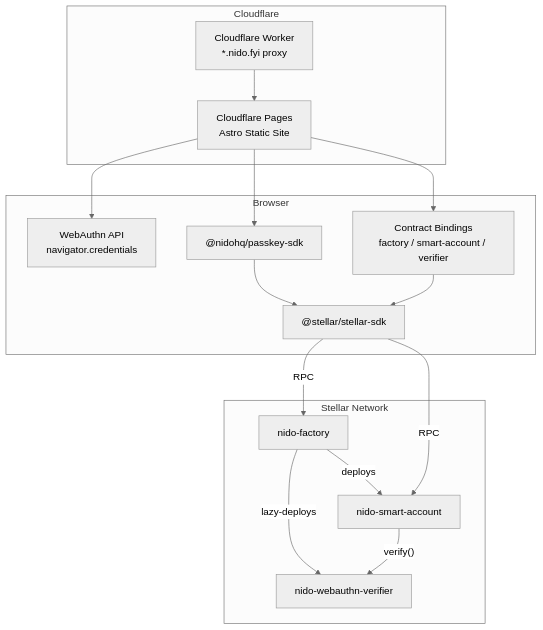
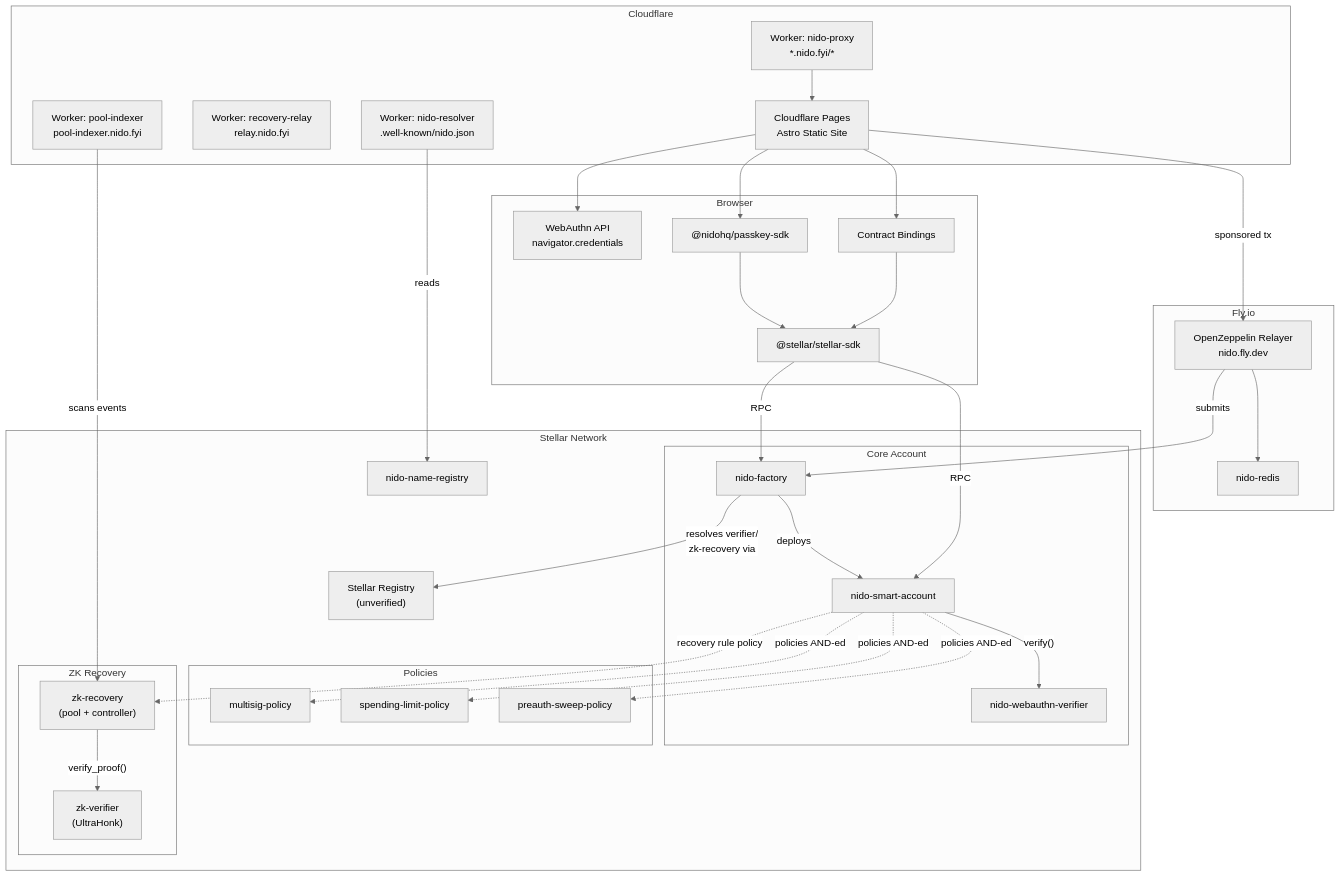
Before and after one commit to nidohq/nido: the first of 5 diagrams in ARCHITECTURE.md, drawn with Mermaid (neutral theme). The commit also changed other lines of this file, not shown here.

Commit message:
WIP Claude architecture.md update: 6. Architecture Diagrams

````diff
--- a/ARCHITECTURE.md
+++ b/ARCHITECTURE.md
@@ -143,32 +143,67 @@
 ```mermaid
 graph TB
     subgraph "Cloudflare"
-        Worker["Cloudflare Worker<br/>*.nido.fyi proxy"]
+        Proxy["Worker: nido-proxy<br/>*.nido.fyi/*"]
+        Resolver["Worker: nido-resolver<br/>.well-known/nido.json"]
+        RecoveryRelay["Worker: recovery-relay<br/>relay.nido.fyi"]
+        PoolIndexer["Worker: pool-indexer<br/>pool-indexer.nido.fyi"]
         Pages["Cloudflare Pages<br/>Astro Static Site"]
-        Worker --> Pages
+        Proxy --> Pages
+    end
+
+    subgraph "Fly.io"
+        Relayer["OpenZeppelin Relayer<br/>nido.fly.dev"]
+        Redis["nido-redis"]
+        Relayer --> Redis
     end
 
     subgraph "Browser"
         WebAuthn["WebAuthn API<br/>navigator.credentials"]
         SDK["@nidohq/passkey-sdk"]
-        Bindings["Contract Bindings<br/>factory / smart-account / verifier"]
+        Bindings["Contract Bindings"]
         StellarSDK["@stellar/stellar-sdk"]
         SDK --> StellarSDK
         Bindings --> StellarSDK
     end
 
     subgraph "Stellar Network"
-        Factory["nido-factory"]
-        SmartAccount["nido-smart-account"]
-        Verifier["nido-webauthn-verifier"]
+        Registry["Stellar Registry<br/>(unverified)"]
+        NameRegistry["nido-name-registry"]
+
+        subgraph "Core Account"
+            Factory["nido-factory"]
+            SmartAccount["nido-smart-account"]
+            Verifier["nido-webauthn-verifier"]
+        end
+
+        subgraph "Policies"
+            Multisig["multisig-policy"]
+            SpendLimit["spending-limit-policy"]
+            Sweep["preauth-sweep-policy"]
+        end
+
+        subgraph "ZK Recovery"
+            ZkRecovery["zk-recovery<br/>(pool + controller)"]
+            ZkVerifier["zk-verifier<br/>(UltraHonk)"]
+        end
+
+        Factory -- "resolves verifier/<br/>zk-recovery via" --> Registry
         Factory -- "deploys" --> SmartAccount
-        Factory -- "lazy-deploys" --> Verifier
         SmartAccount -- "verify()" --> Verifier
+        SmartAccount -.->|policies AND-ed| Multisig
+        SmartAccount -.->|policies AND-ed| SpendLimit
+        SmartAccount -.->|policies AND-ed| Sweep
+        SmartAccount -.->|recovery rule policy| ZkRecovery
+        ZkRecovery -- "verify_proof()" --> ZkVerifier
     end
 
     Pages --> SDK
     Pages --> Bindings
     Pages --> WebAuthn
+    Pages -- "sponsored tx" --> Relayer
+    Relayer -- "submits" --> Factory
     StellarSDK -- "RPC" --> Factory
     StellarSDK -- "RPC" --> SmartAccount
+    PoolIndexer -- "scans events" --> ZkRecovery
+    Resolver -- "reads" --> NameRegistry
 ```
````
